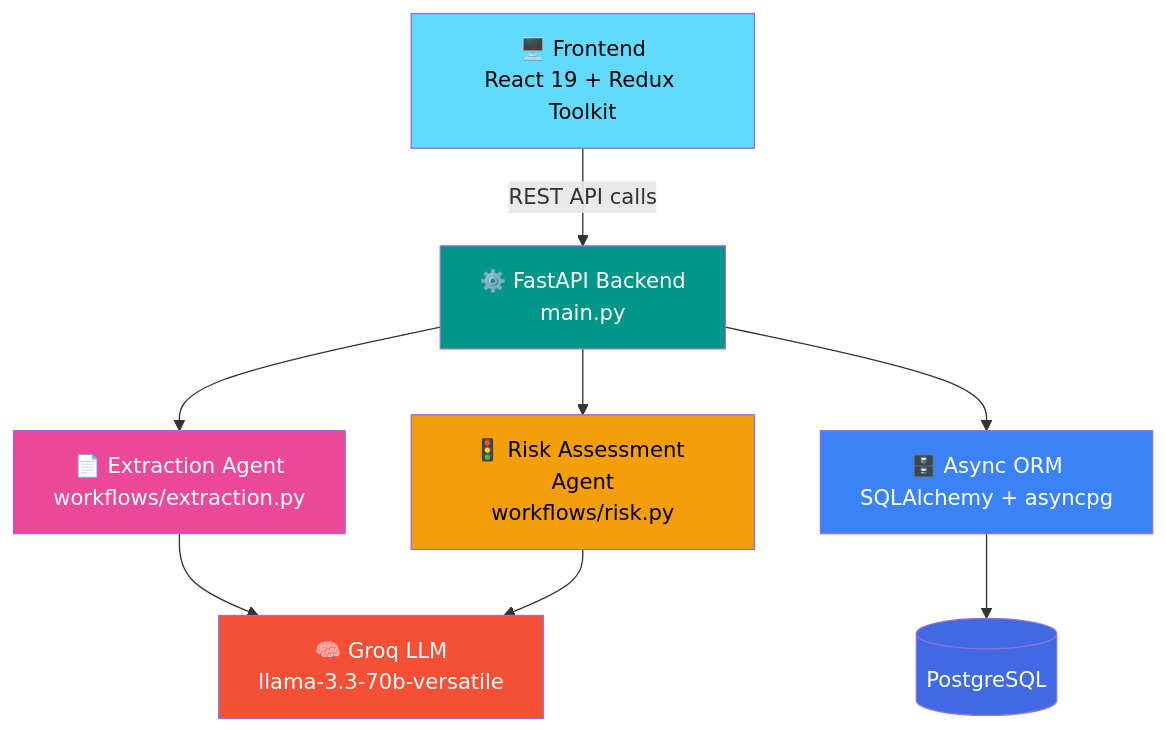
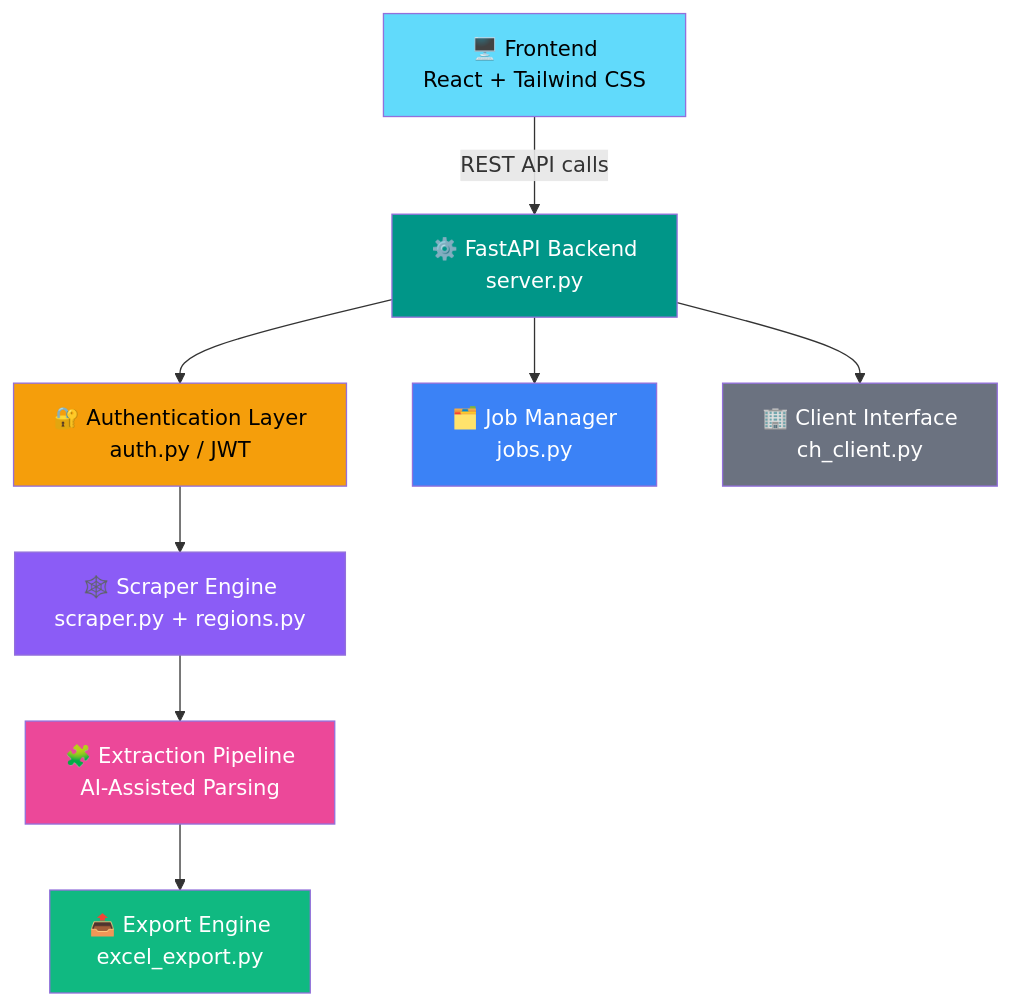
The first of 2 diagrams in README.md (ymanoj7745-lgtm/Intelligent-Data-Extraction-Platform), drawn with Mermaid before and after one commit. The commit also changed other lines of this file, not shown here.

First line of the commit message:
Revise README for Intelligent Data Extraction Platform

````diff
--- a/README.md
+++ b/README.md
@@ -110,18 +121,19 @@
 ```mermaid
 flowchart TD
-    A[🖥️ Frontend<br/>React 19 + Redux Toolkit] -->|REST API calls| B[⚙️ FastAPI Backend<br/>main.py]
-    B --> C[📄 Extraction Agent<br/>workflows/extraction.py]
-    B --> D[🚦 Risk Assessment Agent<br/>workflows/risk.py]
-    C --> E[🧠 Groq LLM<br/>llama-3.3-70b-versatile]
-    D --> E
-    B --> F[🗄️ Async ORM<br/>SQLAlchemy + asyncpg]
-    F --> G[(PostgreSQL)]
+    A[🖥️ Frontend<br/>React + Tailwind CSS] -->|REST API calls| B[⚙️ FastAPI Backend<br/>server.py]
+    B --> C[🔐 Authentication Layer<br/>auth.py / JWT]
+    C --> D[🕸️ Scraper Engine<br/>scraper.py + regions.py]
+    D --> E[🧩 Extraction Pipeline<br/>AI-Assisted Parsing]
+    E --> F[📤 Export Engine<br/>excel_export.py]
+    B --> G[🗂️ Job Manager<br/>jobs.py]
+    B --> H[🏢 Client Interface<br/>ch_client.py]
 
     style A fill:#61DAFB,color:#000
     style B fill:#009688,color:#fff
-    style C fill:#EC4899,color:#fff
-    style D fill:#F59E0B,color:#000
-    style E fill:#F55036,color:#fff
-    style F fill:#3B82F6,color:#fff
-    style G fill:#4169E1,color:#fff
+    style C fill:#F59E0B,color:#000
+    style D fill:#8B5CF6,color:#fff
+    style E fill:#EC4899,color:#fff
+    style F fill:#10B981,color:#fff
+    style G fill:#3B82F6,color:#fff
+    style H fill:#6B7280,color:#fff
 ```
````
